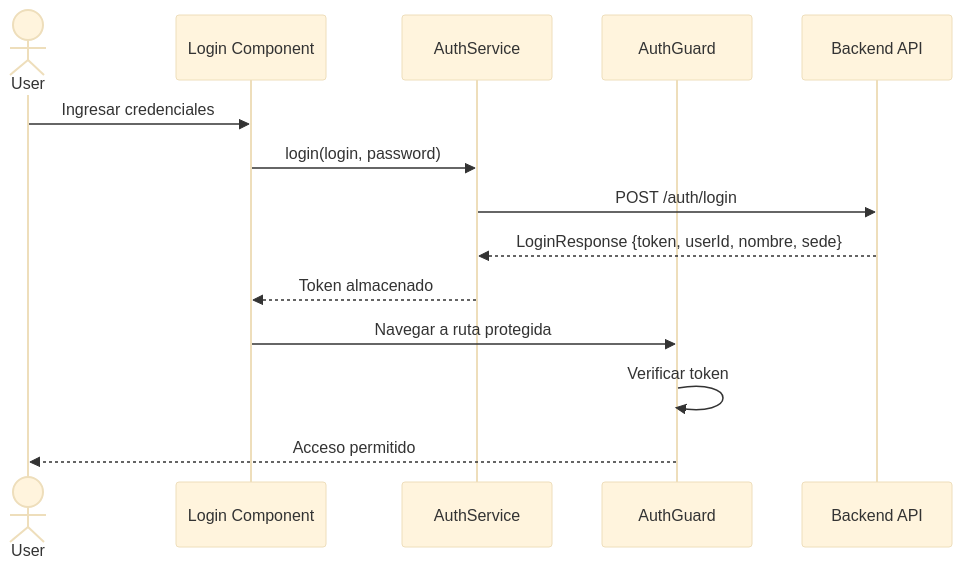
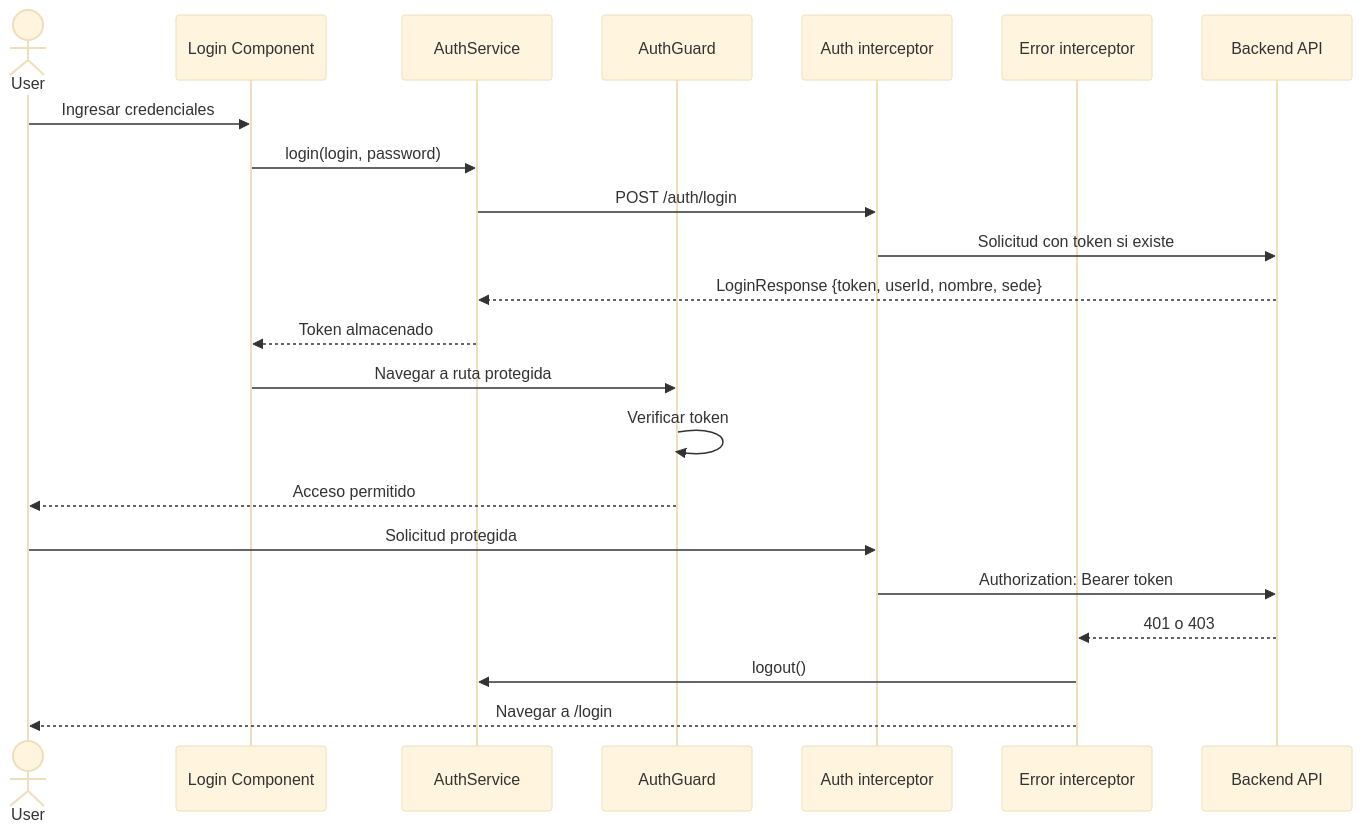
Before and after one commit to UM-services/UM.tesoreria.frontend-client: the second of 8 diagrams in docs/architecture.md, drawn with Mermaid (base theme). The commit also changed other lines of this file and 3 other files, not shown here.

First line of the commit message:
docs: update architecture and deployment guidance

````diff
--- a/docs/architecture.md
+++ b/docs/architecture.md
@@ -68,17 +68,25 @@
 ```mermaid
 sequenceDiagram
     actor User
     participant Login as Login Component
     participant AuthService as AuthService
     participant AuthGuard as AuthGuard
+    participant AuthInterceptor as Auth interceptor
+    participant ErrorInterceptor as Error interceptor
     participant API as Backend API
 
     User->>Login: Ingresar credenciales
     Login->>AuthService: login(login, password)
-    AuthService->>API: POST /auth/login
+    AuthService->>AuthInterceptor: POST /auth/login
+    AuthInterceptor->>API: Solicitud con token si existe
     API-->>AuthService: LoginResponse {token, userId, nombre, sede}
     AuthService-->>Login: Token almacenado
     Login->>AuthGuard: Navegar a ruta protegida
     AuthGuard->>AuthGuard: Verificar token
     AuthGuard-->>User: Acceso permitido
+    User->>AuthInterceptor: Solicitud protegida
+    AuthInterceptor->>API: Authorization: Bearer token
+    API-->>ErrorInterceptor: 401 o 403
+    ErrorInterceptor->>AuthService: logout()
+    ErrorInterceptor-->>User: Navegar a /login
 ```
````
